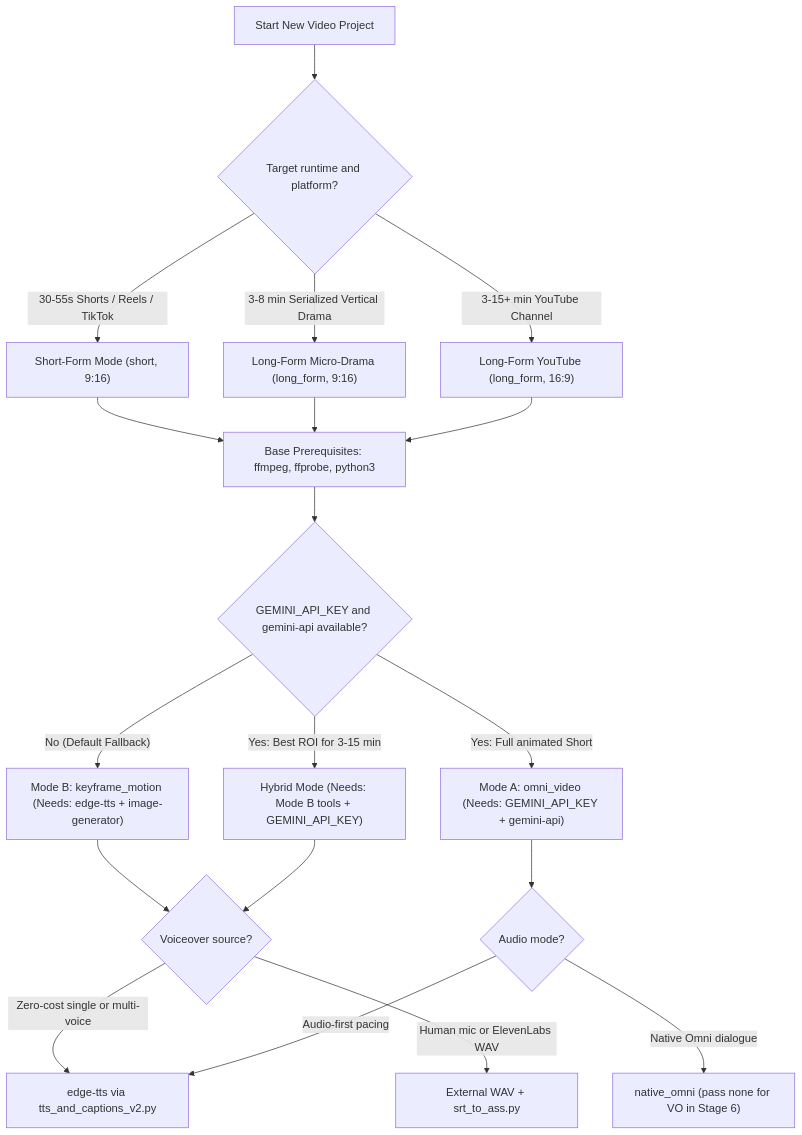
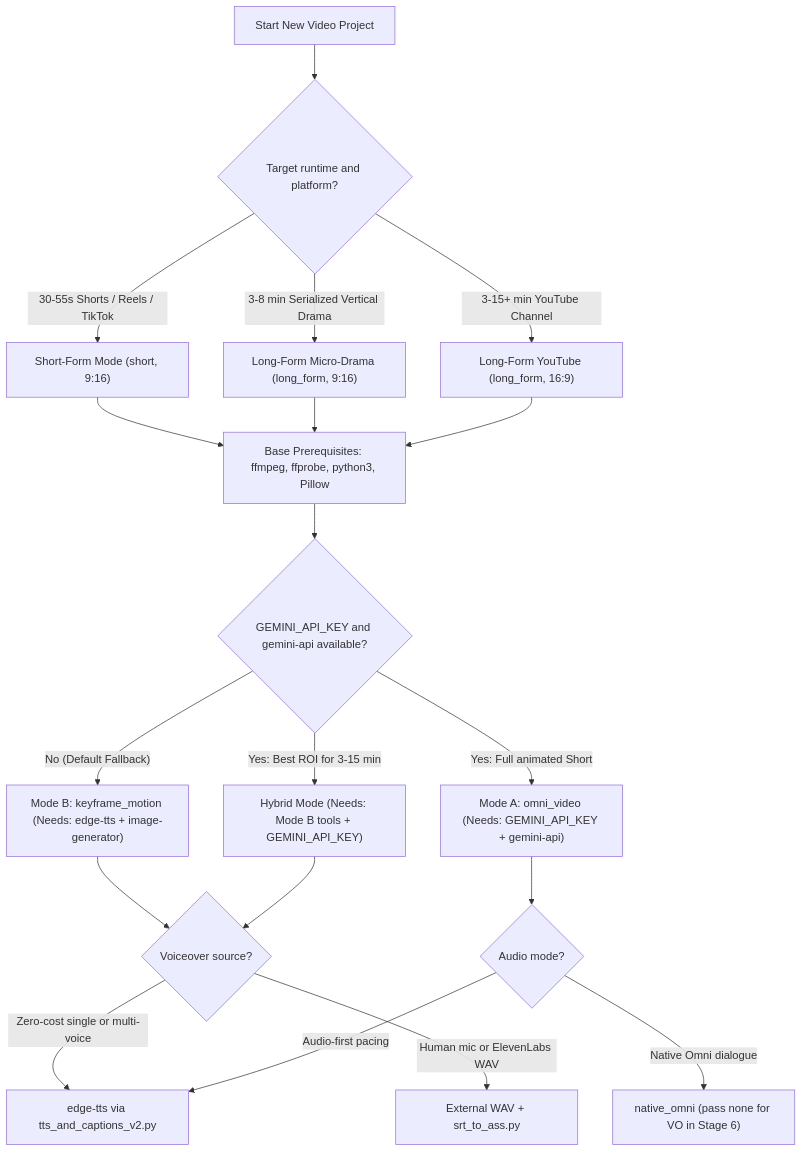
Before and after one commit to nikeshthapa255/Video-creator-skills: the first of 2 diagrams in README.md, drawn with Mermaid. The commit also changed other lines of this file and 13 other files, not shown here.

````diff
--- a/README.md
+++ b/README.md
@@ -41,26 +37,26 @@
 ```mermaid
 flowchart TD
     Start["Start New Video Project"] --> Format{"Target runtime and platform?"}
 
     Format -->|"30-55s Shorts / Reels / TikTok"| Short["Short-Form Mode (short, 9:16)"]
     Format -->|"3-8 min Serialized Vertical Drama"| LF9["Long-Form Micro-Drama (long_form, 9:16)"]
     Format -->|"3-15+ min YouTube Channel"| LF16["Long-Form YouTube (long_form, 16:9)"]
 
-    Short --> BaseCheck["Base Prerequisites: ffmpeg, ffprobe, python3"]
+    Short --> BaseCheck["Base Prerequisites: ffmpeg, ffprobe, python3, Pillow"]
     LF9 --> BaseCheck
     LF16 --> BaseCheck
 
     BaseCheck --> KeyCheck{"GEMINI_API_KEY and gemini-api available?"}
 
     KeyCheck -->|"No (Default Fallback)"| ModeB["Mode B: keyframe_motion (Needs: edge-tts + image-generator)"]
     KeyCheck -->|"Yes: Full animated Short"| ModeA["Mode A: omni_video (Needs: GEMINI_API_KEY + gemini-api)"]
     KeyCheck -->|"Yes: Best ROI for 3-15 min"| Hybrid["Hybrid Mode (Needs: Mode B tools + GEMINI_API_KEY)"]
 
     ModeB --> VoiceCheck{"Voiceover source?"}
     Hybrid --> VoiceCheck
     VoiceCheck -->|"Zero-cost single or multi-voice"| EdgeTTS["edge-tts via tts_and_captions_v2.py"]
     VoiceCheck -->|"Human mic or ElevenLabs WAV"| BYO["External WAV + srt_to_ass.py"]
     ModeA --> OmniAudio{"Audio mode?"}
     OmniAudio -->|"Native Omni dialogue"| NativeA["native_omni (pass none for VO in Stage 6)"]
     OmniAudio -->|"Audio-first pacing"| EdgeTTS
 ```
````
